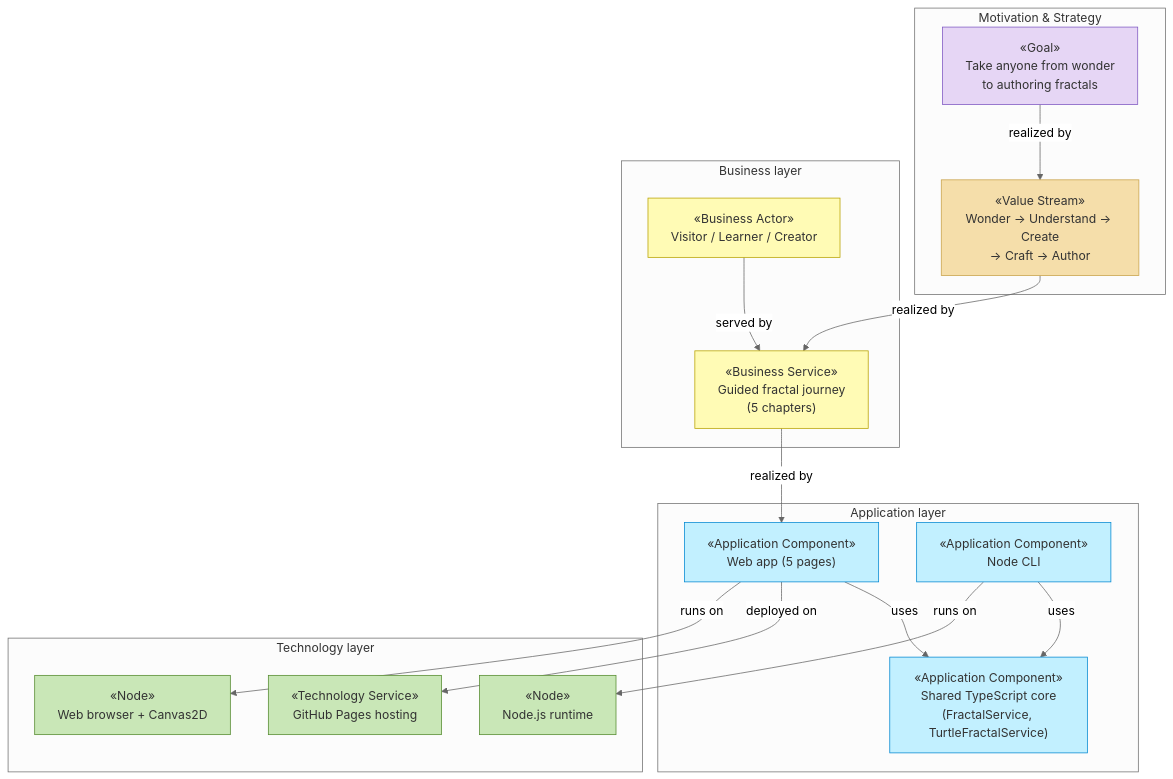
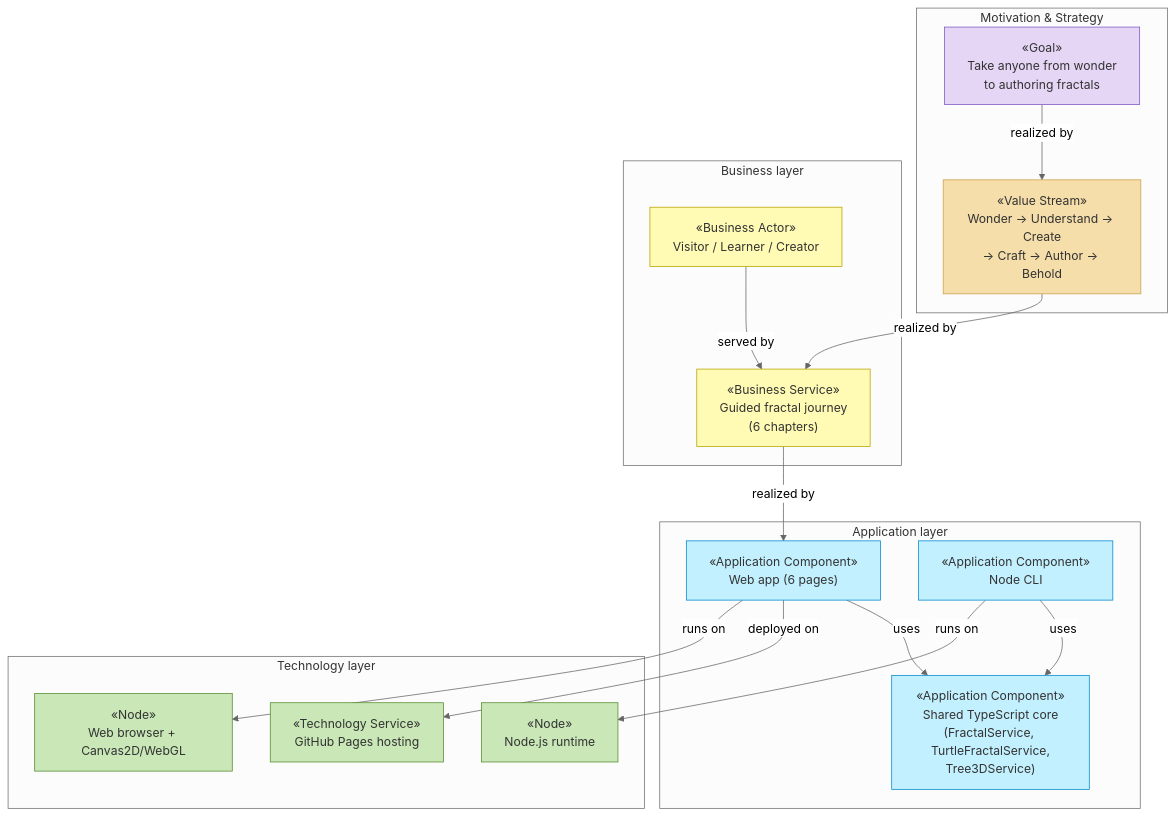
Before and after one commit to roanboc/fractal-tree-generator: the diagram in docs/ea/README.md, drawn with Mermaid (neutral theme). The commit also changed 42 other files, not shown here.

First line of the commit message:
feat: add chapter 6 — the tree in 3D — plus journey-wide bridges and focus rings

````diff
--- a/docs/ea/README.md
+++ b/docs/ea/README.md
@@ -60,40 +60,40 @@
 ```mermaid
 flowchart TB
   subgraph MOT["Motivation & Strategy"]
     goal["«Goal»<br>Take anyone from wonder<br>to authoring fractals"]:::motivation
-    vs["«Value Stream»<br>Wonder → Understand → Create<br>→ Craft → Author"]:::strategy
+    vs["«Value Stream»<br>Wonder → Understand → Create<br>→ Craft → Author → Behold"]:::strategy
   end
 
   subgraph BUS["Business layer"]
-    svc["«Business Service»<br>Guided fractal journey<br>(5 chapters)"]:::business
+    svc["«Business Service»<br>Guided fractal journey<br>(6 chapters)"]:::business
     actor["«Business Actor»<br>Visitor / Learner / Creator"]:::business
   end
 
   subgraph APP["Application layer"]
-    web["«Application Component»<br>Web app (5 pages)"]:::application
-    core["«Application Component»<br>Shared TypeScript core<br>(FractalService, TurtleFractalService)"]:::application
+    web["«Application Component»<br>Web app (6 pages)"]:::application
+    core["«Application Component»<br>Shared TypeScript core<br>(FractalService, TurtleFractalService,<br>Tree3DService)"]:::application
     cli["«Application Component»<br>Node CLI"]:::application
   end
 
   subgraph TEC["Technology layer"]
-    browser["«Node»<br>Web browser + Canvas2D"]:::technology
+    browser["«Node»<br>Web browser + Canvas2D/WebGL"]:::technology
     pages["«Technology Service»<br>GitHub Pages hosting"]:::technology
     node["«Node»<br>Node.js runtime"]:::technology
   end
 
   goal -->|realized by| vs
   vs -->|realized by| svc
   actor -->|served by| svc
   svc -->|realized by| web
   web -->|uses| core
   cli -->|uses| core
   web -->|deployed on| pages
   web -->|runs on| browser
   cli -->|runs on| node
 
   classDef motivation fill:#e6d6f5,stroke:#7e57c2,color:#333
   classDef strategy fill:#f5deaa,stroke:#c8a24a,color:#333
   classDef business fill:#fffbb5,stroke:#b8a200,color:#333
   classDef application fill:#c2f0ff,stroke:#0288d1,color:#333
   classDef technology fill:#c9e7b7,stroke:#558b2f,color:#333
 ```
````
